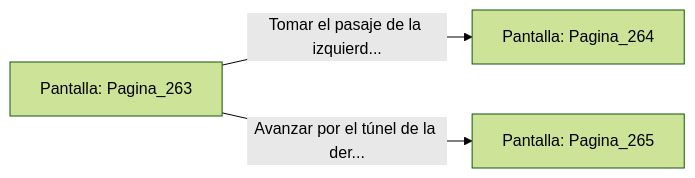
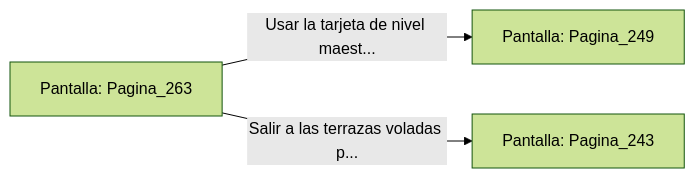
Before and after one commit to metsuke/mpl: the diagram in sample/eligejuego-vault/Pantalla_Pagina_263.md, drawn with Mermaid (forest theme). The commit also changed other lines of this file and 635 other files, not shown here.

First line of the commit message:
fix: añadir Pagina_1 como pantalla inicial en capitulo_01.mpl

````diff
--- a/sample/eligejuego-vault/Pantalla_Pagina_263.md
+++ b/sample/eligejuego-vault/Pantalla_Pagina_263.md
@@ -20,6 +24,6 @@
 ```mermaid
 graph LR
     P_Pagina_263["Pantalla: Pagina_263"]
-    P_Pagina_263 -->|"Tomar el pasaje de la izquierd..."| P_Pagina_264["Pantalla: Pagina_264"]
-    P_Pagina_263 -->|"Avanzar por el túnel de la der..."| P_Pagina_265["Pantalla: Pagina_265"]
+    P_Pagina_263 -->|"Usar la tarjeta de nivel maest..."| P_Pagina_249["Pantalla: Pagina_249"]
+    P_Pagina_263 -->|"Salir a las terrazas voladas p..."| P_Pagina_243["Pantalla: Pagina_243"]
 ```
````
